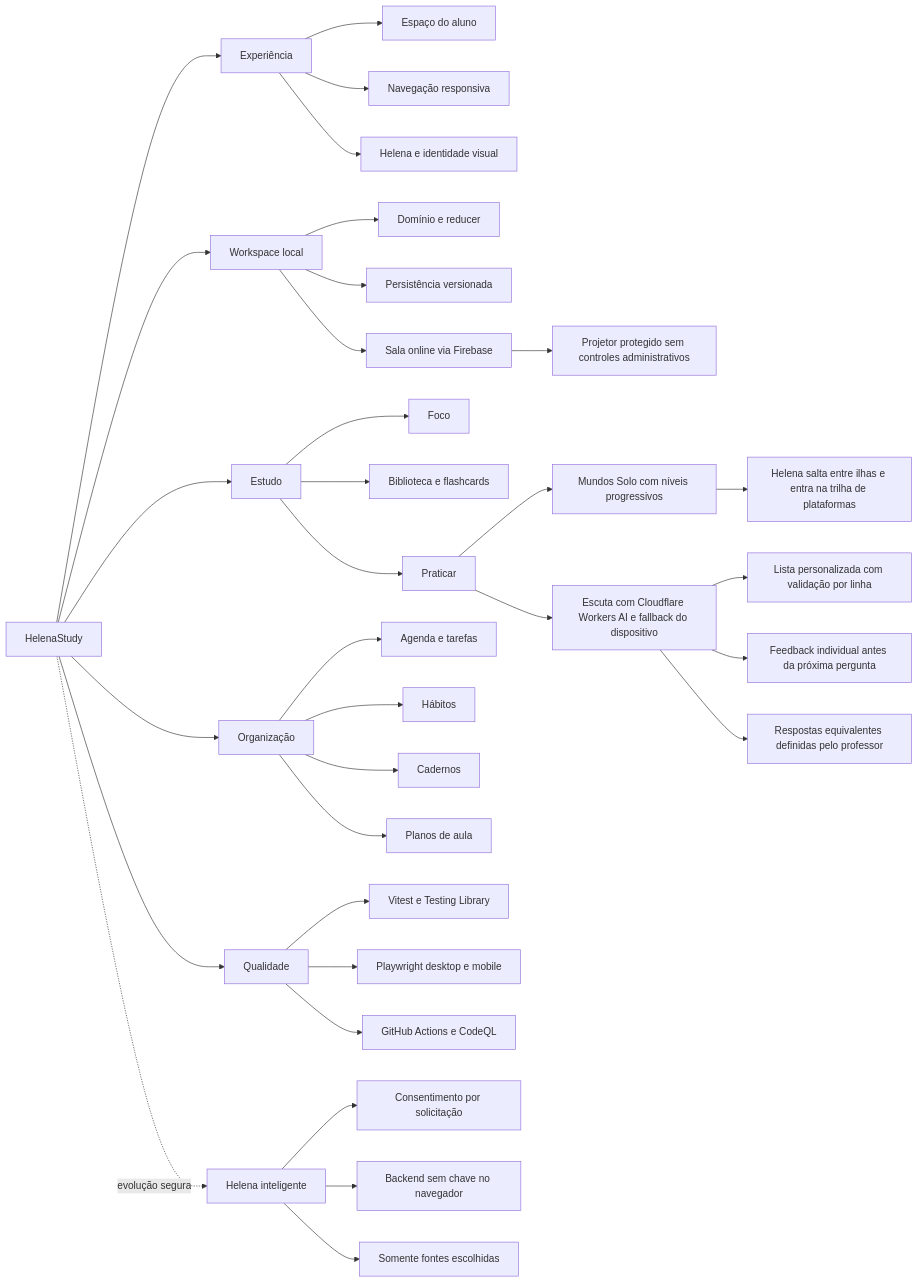
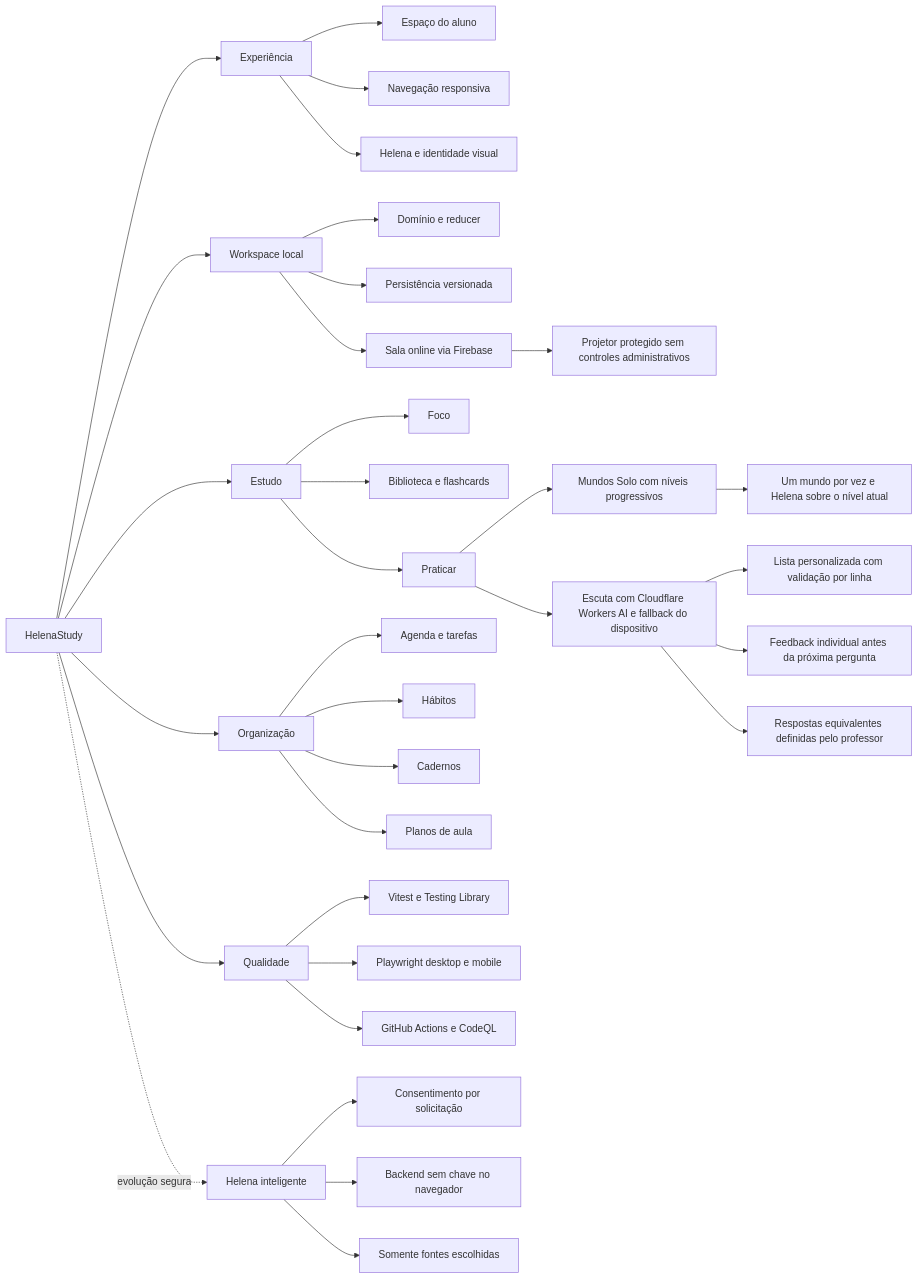
Before and after one commit to olive644/helenastudy: the diagram in docs/SECOND_BRAIN.md, drawn with Mermaid. The commit also changed 7 other files, not shown here.

````diff
--- a/docs/SECOND_BRAIN.md
+++ b/docs/SECOND_BRAIN.md
@@ -77,41 +77,41 @@
 ```mermaid
 flowchart LR
   HS[HelenaStudy] --> UX[Experiência]
   HS --> DATA[Workspace local]
   HS --> STUDY[Estudo]
   HS --> ORG[Organização]
   HS --> QUALITY[Qualidade]
   HS -. evolução segura .-> INTEL[Helena inteligente]
 
   UX --> TODAY[Espaço do aluno]
   UX --> NAV[Navegação responsiva]
   UX --> BRAND[Helena e identidade visual]
 
   DATA --> DOMAIN[Domínio e reducer]
   DATA --> STORAGE[Persistência versionada]
   DATA --> ROOM[Sala online via Firebase]
 
   STUDY --> FOCUS[Foco]
   STUDY --> LIB[Biblioteca e flashcards]
   STUDY --> PRACTICE[Praticar]
   PRACTICE --> WORLDS[Mundos Solo com níveis progressivos]
-  WORLDS --> MOTION[Helena salta entre ilhas e entra na trilha de plataformas]
+  WORLDS --> MOTION[Um mundo por vez e Helena sobre o nível atual]
   PRACTICE --> LISTEN[Escuta com Cloudflare Workers AI e fallback do dispositivo]
   LISTEN --> CUSTOM[Lista personalizada com validação por linha]
   LISTEN --> FEEDBACK[Feedback individual antes da próxima pergunta]
   ROOM --> PROJECTOR[Projetor protegido sem controles administrativos]
   LISTEN --> ALIASES[Respostas equivalentes definidas pelo professor]
 
   ORG --> PLAN[Agenda e tarefas]
   ORG --> HABITS[Hábitos]
   ORG --> NOTES[Cadernos]
   ORG --> LESSON[Planos de aula]
 
   QUALITY --> UNIT[Vitest e Testing Library]
   QUALITY --> E2E[Playwright desktop e mobile]
   QUALITY --> CI[GitHub Actions e CodeQL]
 
   INTEL --> CONSENT[Consentimento por solicitação]
   INTEL --> BACKEND[Backend sem chave no navegador]
   INTEL --> SOURCES[Somente fontes escolhidas]
 ```
````
